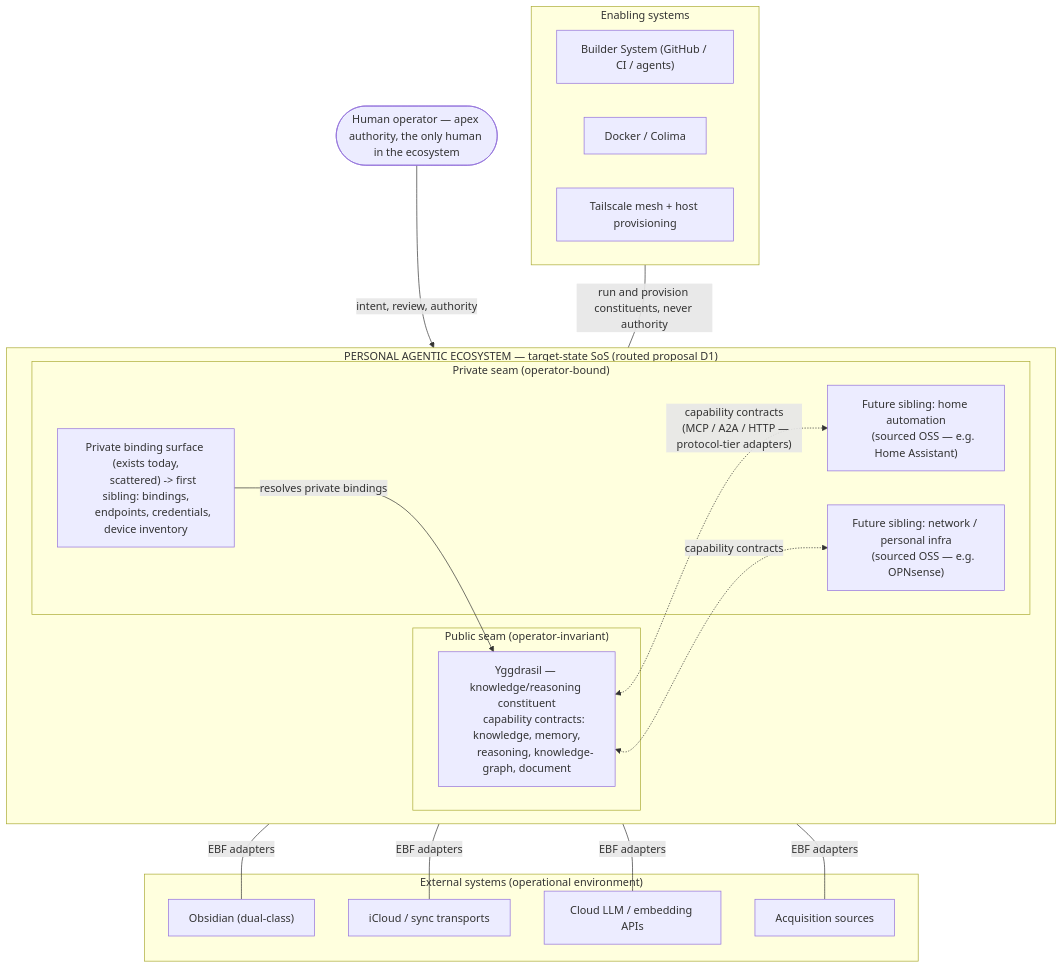
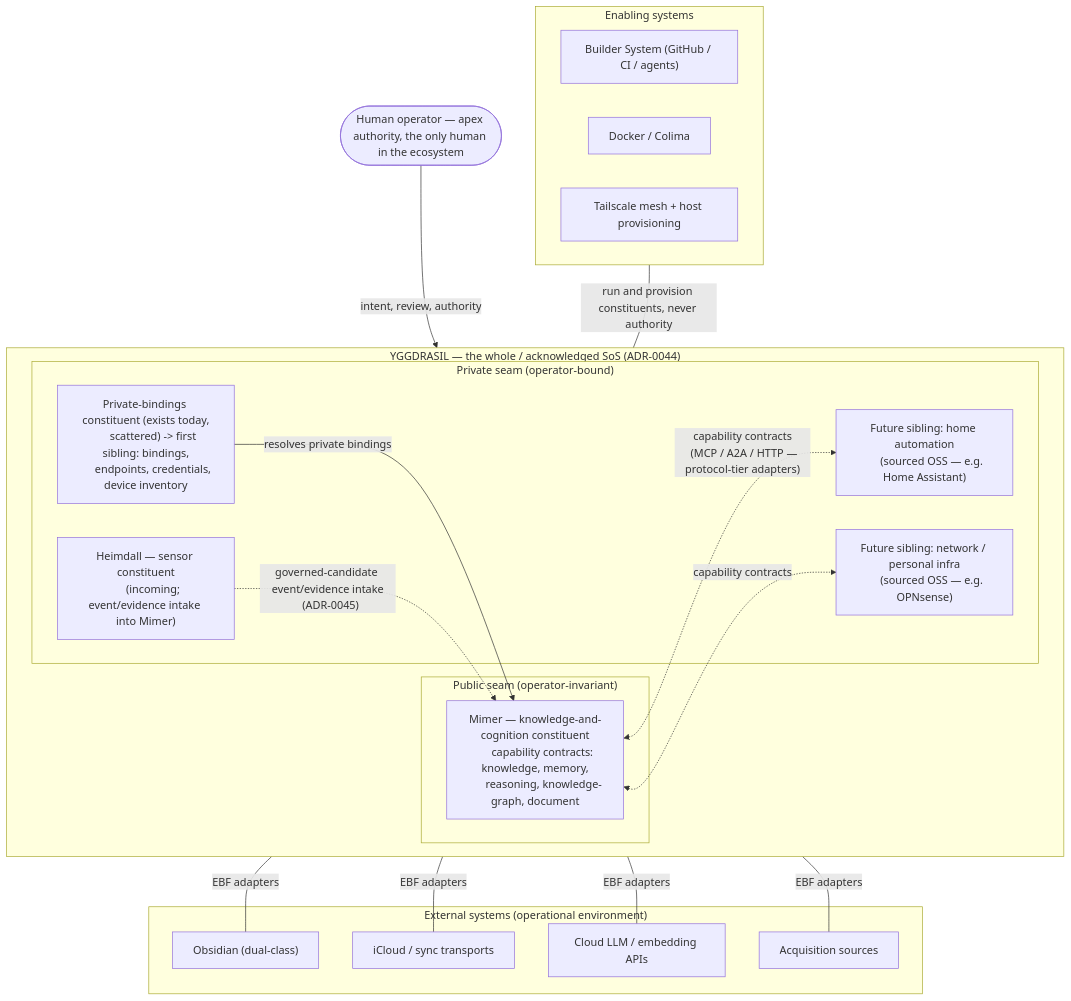
The diagram in docs/architecture/ecosystem-federation.md (RasmusTho/agentic-pkm-mvp), drawn with Mermaid before and after one commit. The commit also changed other lines of this file and 1 other file, not shown here.

First line of the commit message:
docs(ADR-0044): reconcile GLOSSARY.md + ecosystem-federation.md anchor to Yggdrasil/Mimer naming

````diff
--- a/docs/architecture/ecosystem-federation.md
+++ b/docs/architecture/ecosystem-federation.md
@@ -127,46 +143,50 @@
 ```mermaid
 flowchart TB
   H(["Human operator — apex authority, the only human in the ecosystem"])
 
-  subgraph ECO["PERSONAL AGENTIC ECOSYSTEM — target-state SoS (routed proposal D1)"]
+  subgraph ECO["YGGDRASIL — the whole / acknowledged SoS (ADR-0044)"]
     direction LR
     subgraph PUB["Public seam (operator-invariant)"]
-      Y["Yggdrasil — knowledge/reasoning constituent
+      M["Mimer — knowledge-and-cognition constituent
       capability contracts: knowledge, memory,
       reasoning, knowledge-graph, document"]
     end
     subgraph PRIV["Private seam (operator-bound)"]
-      B["Private binding surface (exists today,
+      HD["Heimdall — sensor constituent
+      (incoming; event/evidence intake into Mimer)"]
+      B["Private-bindings constituent (exists today,
       scattered) -> first sibling: bindings,
       endpoints, credentials, device inventory"]
       S1["Future sibling: home automation
       (sourced OSS — e.g. Home Assistant)"]
       S2["Future sibling: network / personal infra
       (sourced OSS — e.g. OPNsense)"]
     end
   end
 
   subgraph EXT["External systems (operational environment)"]
     O["Obsidian (dual-class)"]
     IC["iCloud / sync transports"]
     LLM["Cloud LLM / embedding APIs"]
     AQ["Acquisition sources"]
   end
 
   subgraph EN["Enabling systems"]
     BS["Builder System (GitHub / CI / agents)"]
     DC["Docker / Colima"]
     TS["Tailscale mesh + host provisioning"]
   end
 
-  H -->|intent, review, authority| Y
-  B -->|resolves private bindings| Y
-  Y <-.->|"capability contracts
+  H -->|intent, review, authority| M
+  B -->|resolves private bindings| M
+  HD -.->|"governed-candidate event/evidence intake
+  (ADR-0045)"| M
+  M <-.->|"capability contracts
   (MCP / A2A / HTTP — protocol-tier adapters)"| S1
-  Y <-.->|capability contracts| S2
-  Y ---|EBF adapters| O
-  Y ---|EBF adapters| IC
-  Y ---|EBF adapters| LLM
-  Y ---|EBF adapters| AQ
+  M <-.->|capability contracts| S2
+  M ---|EBF adapters| O
+  M ---|EBF adapters| IC
+  M ---|EBF adapters| LLM
+  M ---|EBF adapters| AQ
   EN ---|run and provision constituents, never authority| ECO
 ```
````
